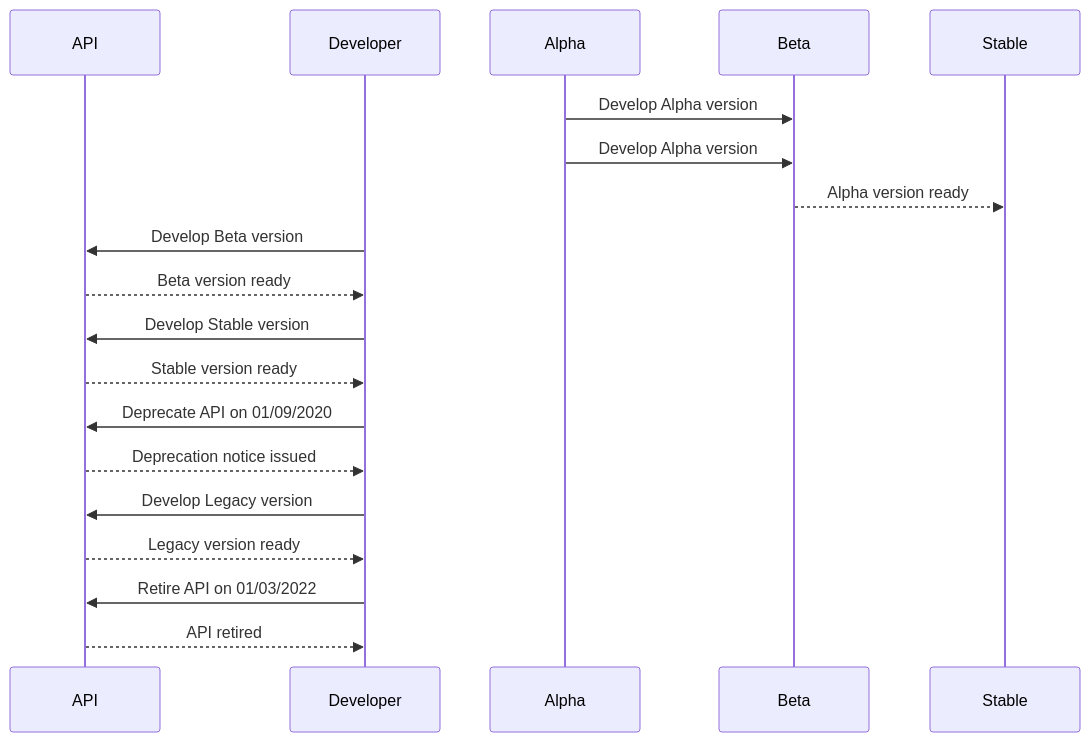
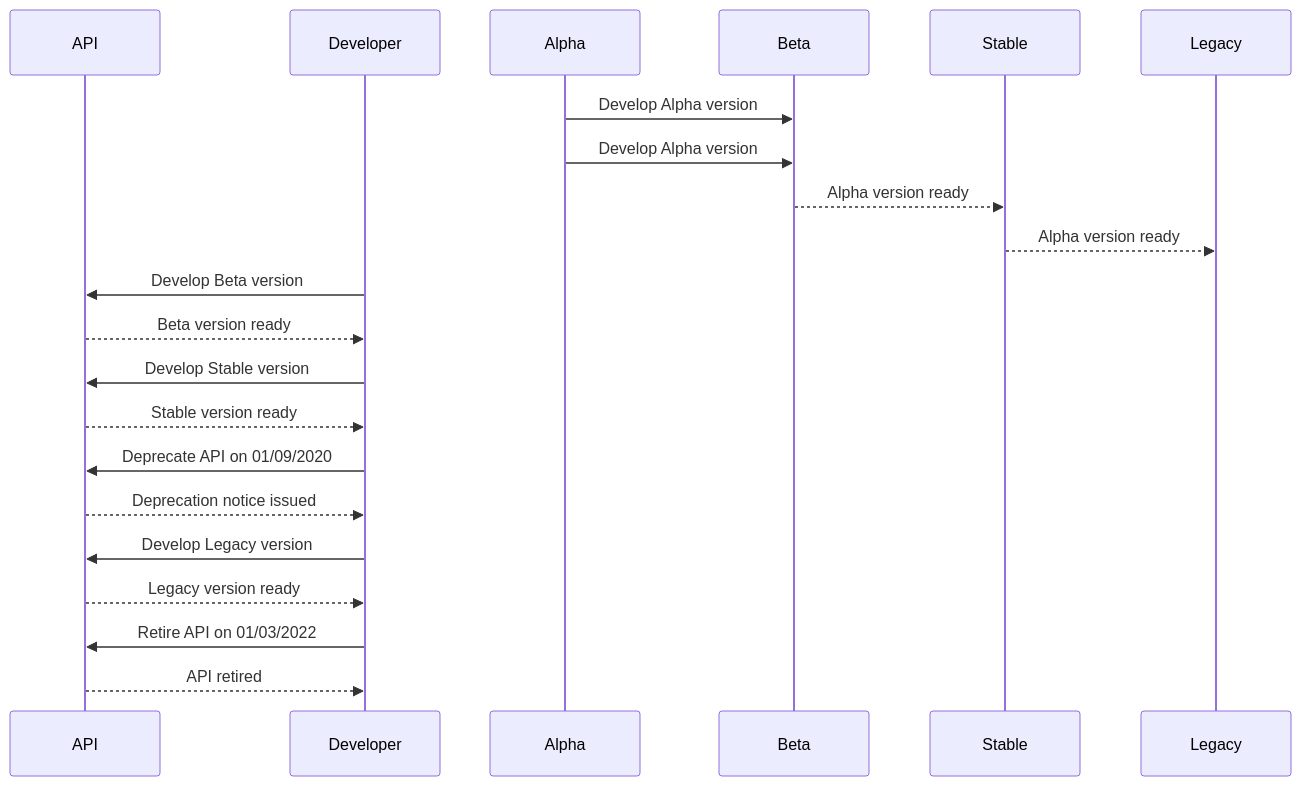
One commit to Geoff1900/Geoff1900.github.io changed the diagram in docs/index.md. Above: the diagram before and after it, drawn with Mermaid.

````diff
--- a/docs/index.md
+++ b/docs/index.md
@@ -11,24 +11,25 @@
 ```mermaid
 sequenceDiagram
     participant API
     participant Developer
 
     Alpha->>Beta: Develop Alpha version
     Alpha->>Beta: Develop Alpha version
     Beta-->>Stable: Alpha version ready
+    Stable-->>Legacy: Alpha version ready
 
     Developer->>API: Develop Beta version
     API-->>Developer: Beta version ready
 
     Developer->>API: Develop Stable version
     API-->>Developer: Stable version ready
 
     Developer->>API: Deprecate API on 01/09/2020
     API-->>Developer: Deprecation notice issued
 
     Developer->>API: Develop Legacy version
     API-->>Developer: Legacy version ready
 
     Developer->>API: Retire API on 01/03/2022
     API-->>Developer: API retired
 ```
````
